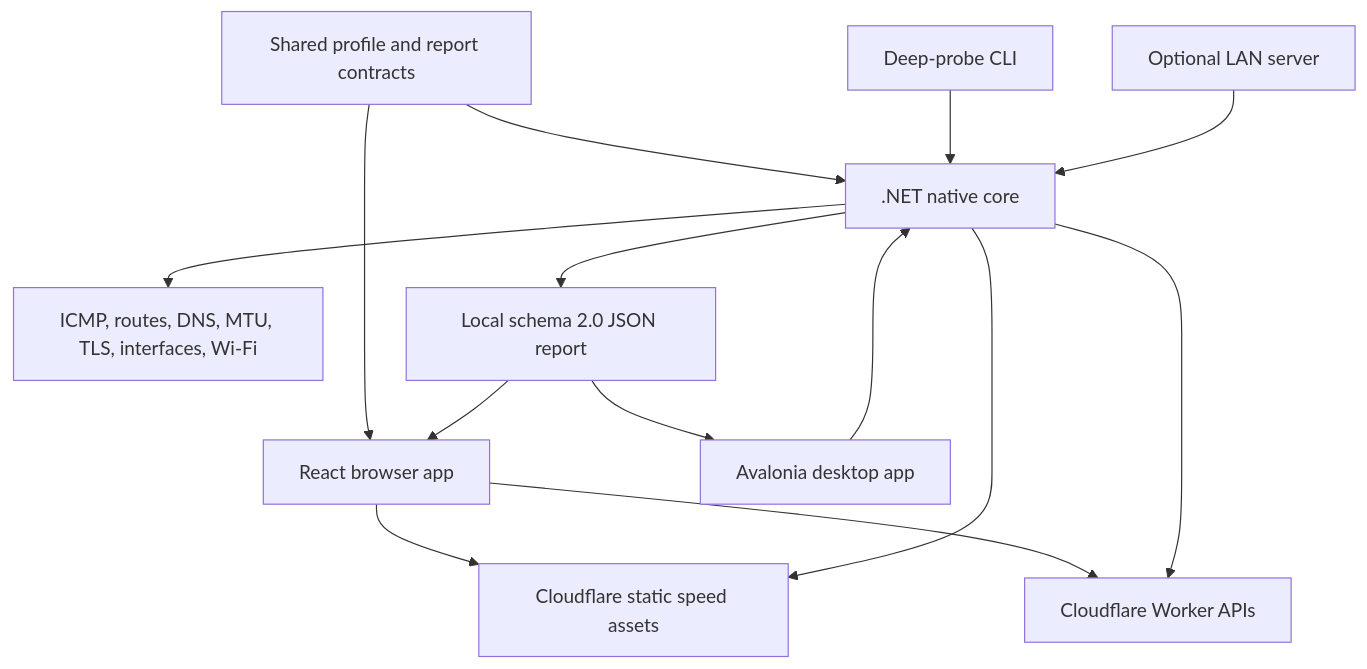
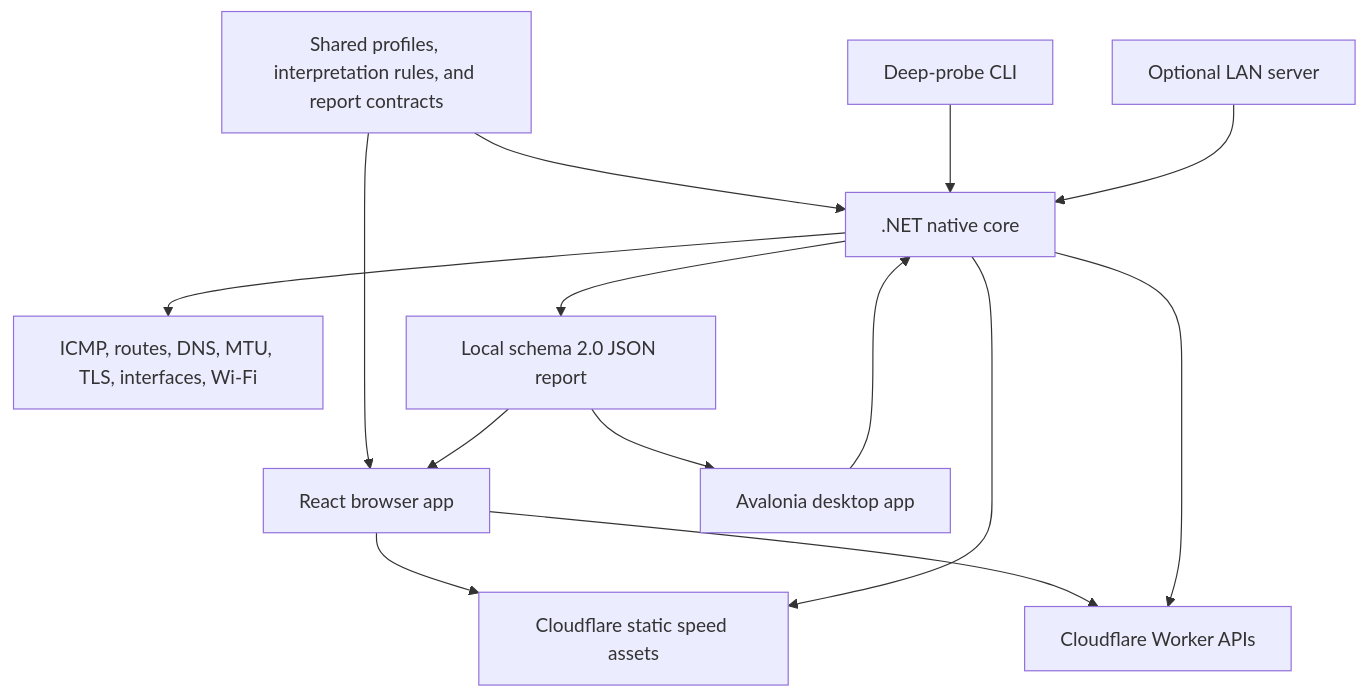
Before and after one commit to JohnnyZLi/Network-Diagnostics-Suite: the diagram in README.md, drawn with Mermaid. The commit also changed other lines of this file and 46 other files, not shown here.

````diff
--- a/README.md
+++ b/README.md
@@ -57,16 +59,16 @@
 ```mermaid
 flowchart TD
-    Contract["Shared profile and report contracts"] --> Browser["React browser app"]
+    Contract["Shared profiles, interpretation rules, and report contracts"] --> Browser["React browser app"]
     Contract --> Core[".NET native core"]
     Browser --> Assets["Cloudflare static speed assets"]
     Browser --> Worker["Cloudflare Worker APIs"]
     Desktop["Avalonia desktop app"] --> Core
     CLI["Deep-probe CLI"] --> Core
     Core --> Assets
     Core --> Worker
     Core --> OS["ICMP, routes, DNS, MTU, TLS, interfaces, Wi-Fi"]
     LanServer["Optional LAN server"] --> Core
     Core --> Report["Local schema 2.0 JSON report"]
     Report --> Desktop
     Report --> Browser
 ```
````
